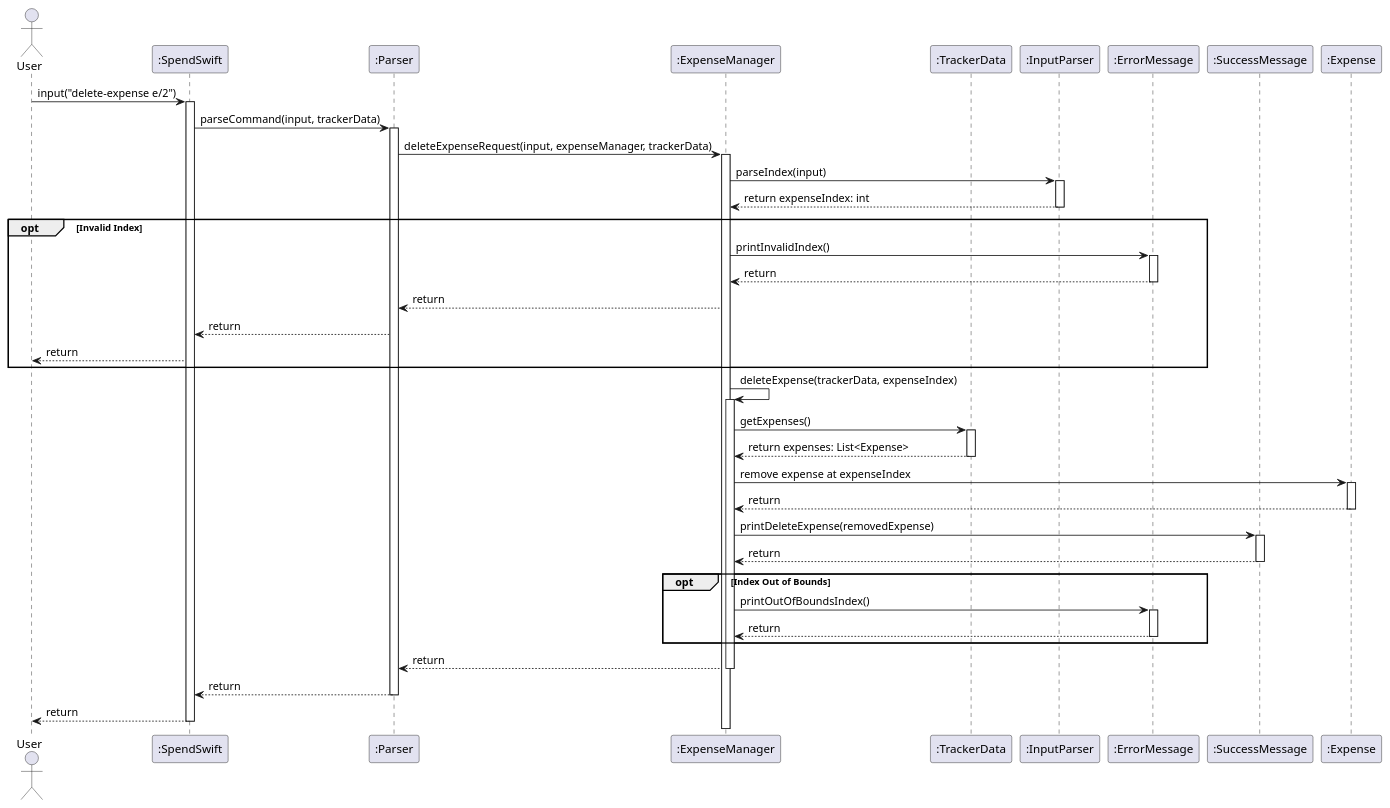
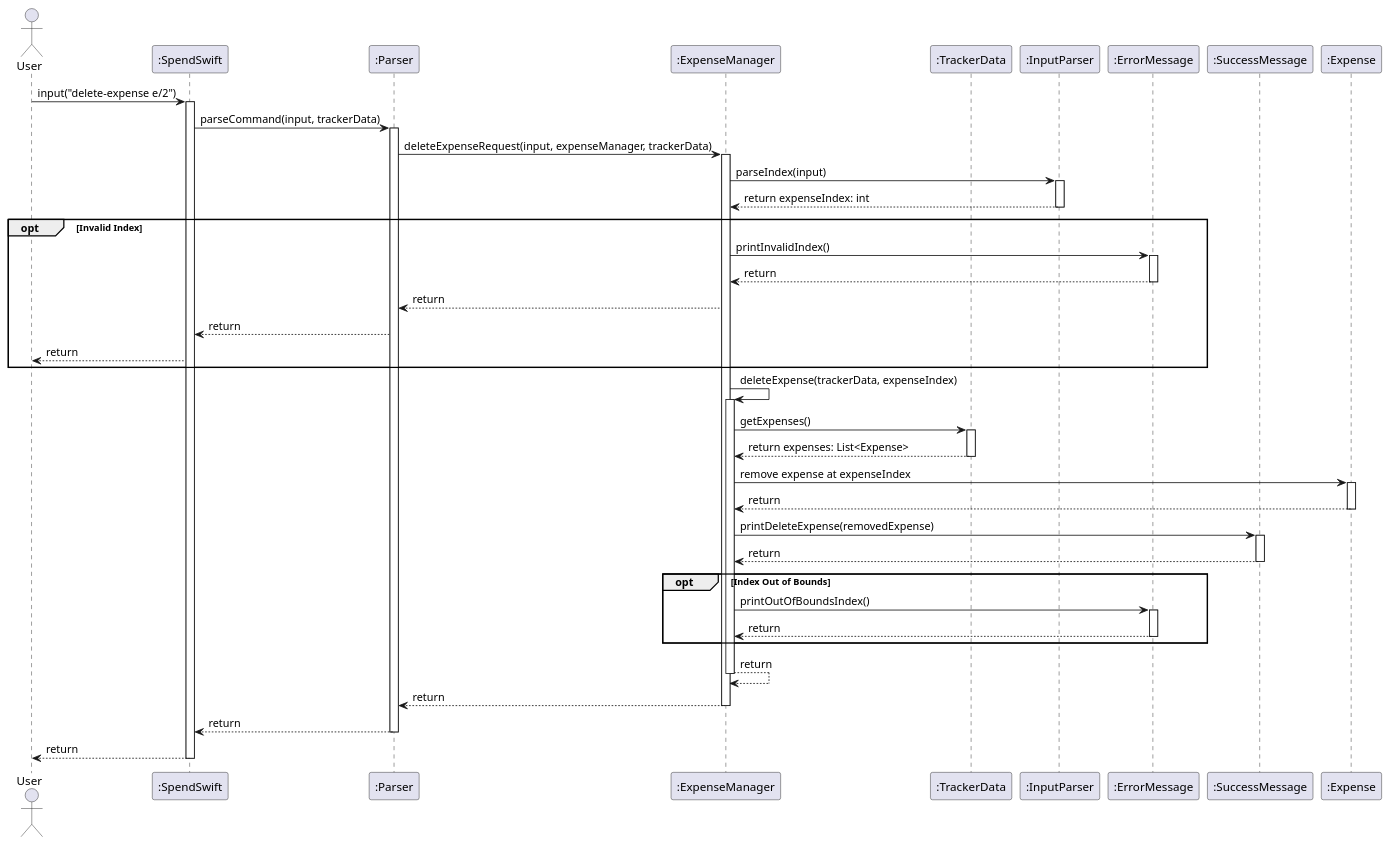
Before and after one commit to nus-cs2113-AY2425S1/tp: the diagram in docs/diagrams/DeleteExpense.puml, drawn with PlantUML. The commit also changed 9 other files, not shown here.

Commit message:
Refactor sequence diagrams for consistency

```diff
--- a/docs/diagrams/DeleteExpense.puml
+++ b/docs/diagrams/DeleteExpense.puml
@@ -1,67 +1,70 @@
 @startuml
 actor User
 participant ":SpendSwift" as SpendSwift
 participant ":Parser" as Parser
 participant ":ExpenseManager" as ExpenseManager
 participant ":TrackerData" as TrackerData
 participant ":InputParser" as InputParser
 participant ":ErrorMessage" as ErrorMessage
 participant ":SuccessMessage" as SuccessMessage
 participant ":Expense" as Expense
 
 User -> SpendSwift : input("delete-expense e/2")
 activate SpendSwift
 SpendSwift -> Parser : parseCommand(input, trackerData)
 
 activate Parser
 Parser -> ExpenseManager : deleteExpenseRequest(input, expenseManager, trackerData)
 
 activate ExpenseManager
 ExpenseManager -> InputParser : parseIndex(input)
 activate InputParser
 InputParser --> ExpenseManager : return expenseIndex: int
 deactivate InputParser
 
 opt Invalid Index
     ExpenseManager -> ErrorMessage : printInvalidIndex()
     activate ErrorMessage
     ErrorMessage --> ExpenseManager : return
     deactivate ErrorMessage
     ExpenseManager --> Parser : return
     Parser --> SpendSwift : return
     SpendSwift --> User : return
 end
 
 ExpenseManager -> ExpenseManager : deleteExpense(trackerData, expenseIndex)
 
 activate ExpenseManager
 ExpenseManager -> TrackerData : getExpenses()
 activate TrackerData
 TrackerData --> ExpenseManager : return expenses: List<Expense>
 deactivate TrackerData
 
 ExpenseManager -> Expense : remove expense at expenseIndex
 activate Expense
 Expense --> ExpenseManager : return
 deactivate Expense
 
 ExpenseManager -> SuccessMessage : printDeleteExpense(removedExpense)
 activate SuccessMessage
 SuccessMessage --> ExpenseManager : return
 deactivate SuccessMessage
 
 opt Index Out of Bounds
     ExpenseManager -> ErrorMessage : printOutOfBoundsIndex()
     activate ErrorMessage
     ErrorMessage --> ExpenseManager : return
     deactivate ErrorMessage
 end
 
+ExpenseManager --> ExpenseManager : return
+deactivate ExpenseManager
+
 ExpenseManager --> Parser : return
 deactivate ExpenseManager
 Parser --> SpendSwift : return
 deactivate Parser
 SpendSwift --> User : return
 deactivate SpendSwift
 
 @enduml
```
